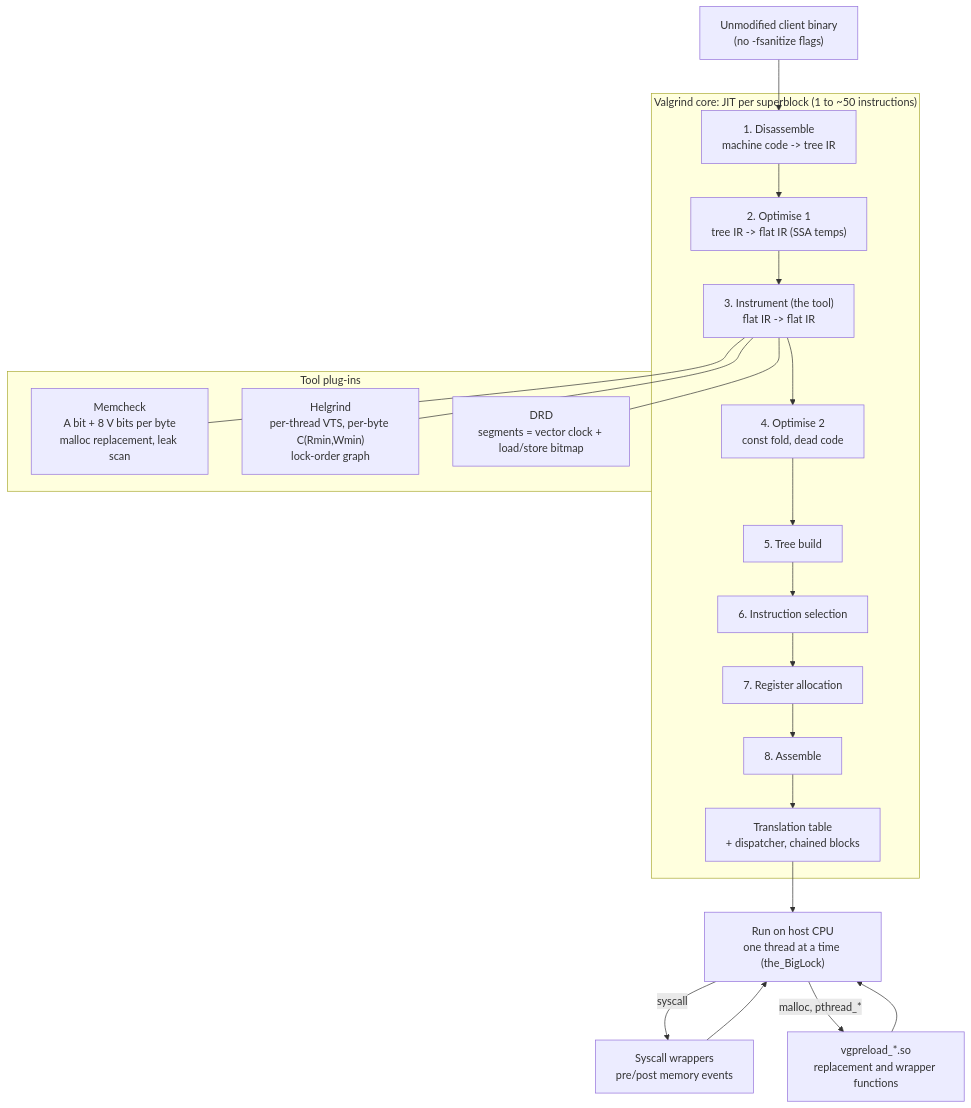
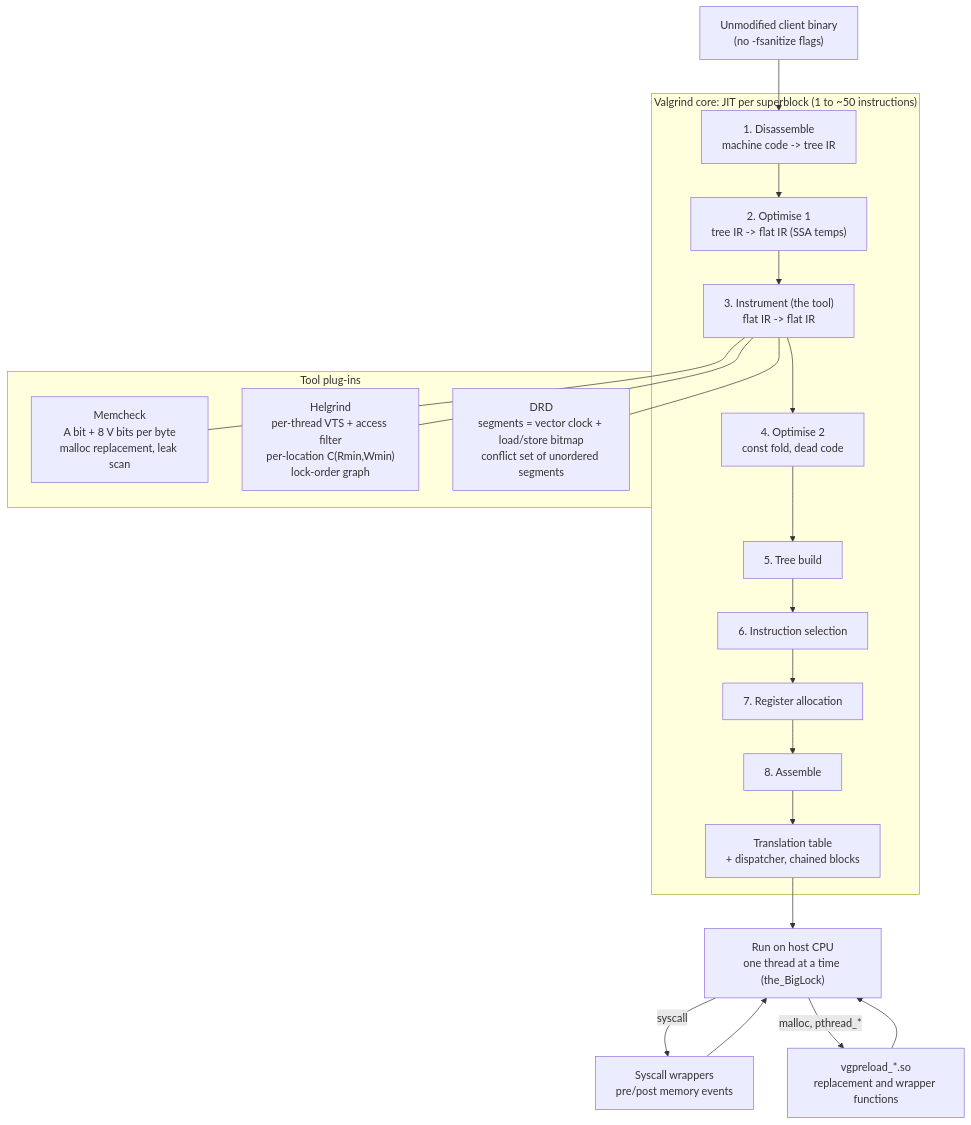
One commit to shreejitverma/The-Distinguished-Engineer changed the diagram in 18-Developer-Toolchain/03-Debugging/Cpp/Cpp-Valgrind-Memcheck-Helgrind-and-DRD.md. Above: the diagram before and after it, drawn with Mermaid. The commit also changed other lines of this file and 8 other files, not shown here.

````diff
--- a/18-Developer-Toolchain/03-Debugging/Cpp/Cpp-Valgrind-Memcheck-Helgrind-and-DRD.md
+++ b/18-Developer-Toolchain/03-Debugging/Cpp/Cpp-Valgrind-Memcheck-Helgrind-and-DRD.md
@@ -38,25 +40,25 @@
 ```mermaid
 flowchart TD
     BIN["Unmodified client binary<br/>(no -fsanitize flags)"] --> D1
     subgraph CORE["Valgrind core: JIT per superblock (1 to ~50 instructions)"]
         D1["1. Disassemble<br/>machine code -> tree IR"] --> D2["2. Optimise 1<br/>tree IR -> flat IR (SSA temps)"]
         D2 --> D3["3. Instrument (the tool)<br/>flat IR -> flat IR"]
         D3 --> D4["4. Optimise 2<br/>const fold, dead code"]
         D4 --> D5["5. Tree build"] --> D6["6. Instruction selection"]
         D6 --> D7["7. Register allocation"] --> D8["8. Assemble"]
         D8 --> TT["Translation table<br/>+ dispatcher, chained blocks"]
     end
     subgraph TOOLS["Tool plug-ins"]
         MC["Memcheck<br/>A bit + 8 V bits per byte<br/>malloc replacement, leak scan"]
-        HG["Helgrind<br/>per-thread VTS, per-byte C(Rmin,Wmin)<br/>lock-order graph"]
-        DRD["DRD<br/>segments = vector clock + load/store bitmap"]
+        HG["Helgrind<br/>per-thread VTS + access filter<br/>per-location C(Rmin,Wmin)<br/>lock-order graph"]
+        DRD["DRD<br/>segments = vector clock + load/store bitmap<br/>conflict set of unordered segments"]
     end
     D3 --- MC
     D3 --- HG
     D3 --- DRD
     TT --> RUN["Run on host CPU<br/>one thread at a time (the_BigLock)"]
     RUN -->|"syscall"| SYS["Syscall wrappers<br/>pre/post memory events"]
     RUN -->|"malloc, pthread_*"| PRE["vgpreload_*.so<br/>replacement and wrapper functions"]
     SYS --> RUN
     PRE --> RUN
 ```
````
